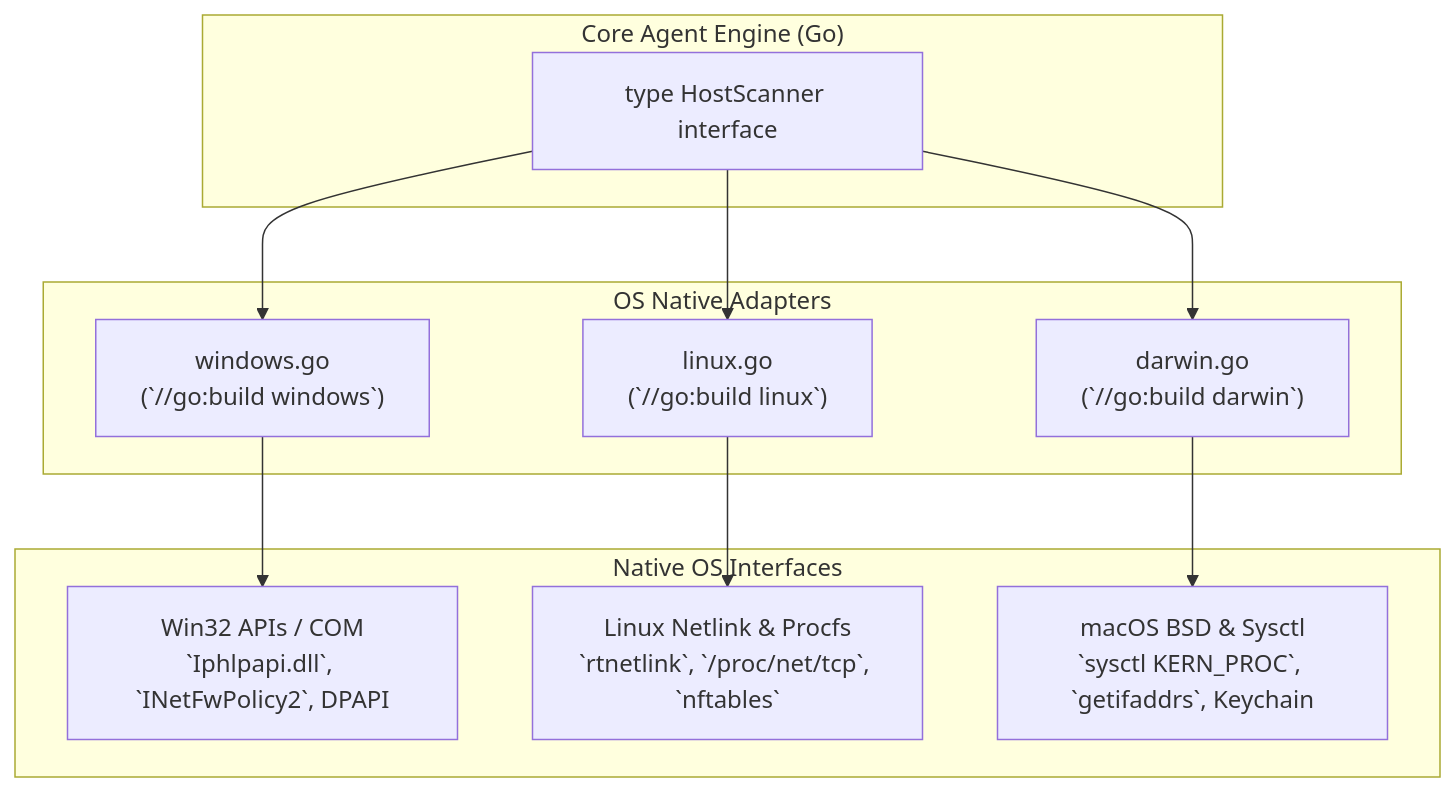
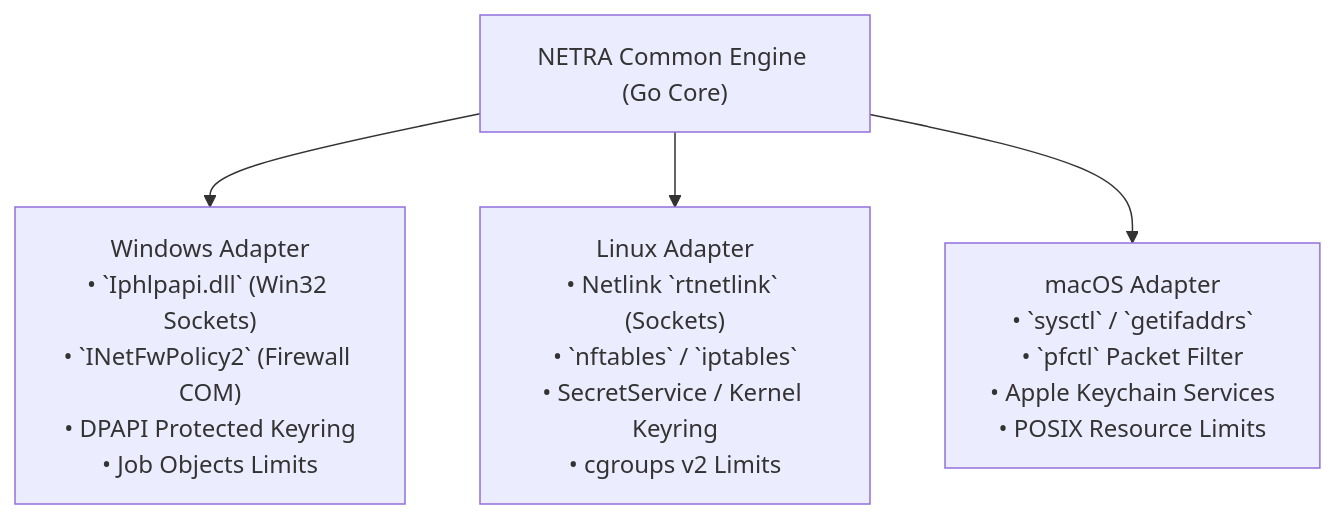
The first of 2 diagrams in docs/OS_VERSATILE.md (Subhadip-Paul2006/NETRA-Backend), drawn with Mermaid before and after one commit. The commit also changed other lines of this file and 15 other files, not shown here.

Commit message:
docs: establish authoritative open-source academic architecture & technical specification suite

````diff
--- a/docs/OS_VERSATILE.md
+++ b/docs/OS_VERSATILE.md
@@ -35,26 +30,8 @@
 ```mermaid
 flowchart TD
-    subgraph CoreEngine["Core Agent Engine (Go)"]
-        Interface["type HostScanner interface"]
-    end
+    Core["NETRA Common Engine (Go Core)"]
 
-    subgraph Adapters["OS Native Adapters"]
-        WinAdapter["windows.go<br/>(`//go:build windows`)"]
-        LinAdapter["linux.go<br/>(`//go:build linux`)"]
-        MacAdapter["darwin.go<br/>(`//go:build darwin`)"]
-    end
-
-    subgraph OSKernelAPIs["Native OS Interfaces"]
-        WinAPI["Win32 APIs / COM<br/>`Iphlpapi.dll`, `INetFwPolicy2`, DPAPI"]
-        LinAPI["Linux Netlink & Procfs<br/>`rtnetlink`, `/proc/net/tcp`, `nftables`"]
-        MacAPI["macOS BSD & Sysctl<br/>`sysctl KERN_PROC`, `getifaddrs`, Keychain"]
-    end
-
-    Interface --> WinAdapter
-    Interface --> LinAdapter
-    Interface --> MacAdapter
-
-    WinAdapter --> WinAPI
-    LinAdapter --> LinAPI
-    MacAdapter --> MacAPI
+    Core --> WinAdapter["Windows Adapter<br/>• `Iphlpapi.dll` (Win32 Sockets)<br/>• `INetFwPolicy2` (Firewall COM)<br/>• DPAPI Protected Keyring<br/>• Job Objects Limits"]
+    Core --> LinuxAdapter["Linux Adapter<br/>• Netlink `rtnetlink` (Sockets)<br/>• `nftables` / `iptables`<br/>• SecretService / Kernel Keyring<br/>• cgroups v2 Limits"]
+    Core --> MacAdapter["macOS Adapter<br/>• `sysctl` / `getifaddrs`<br/>• `pfctl` Packet Filter<br/>• Apple Keychain Services<br/>• POSIX Resource Limits"]
 ```
````
